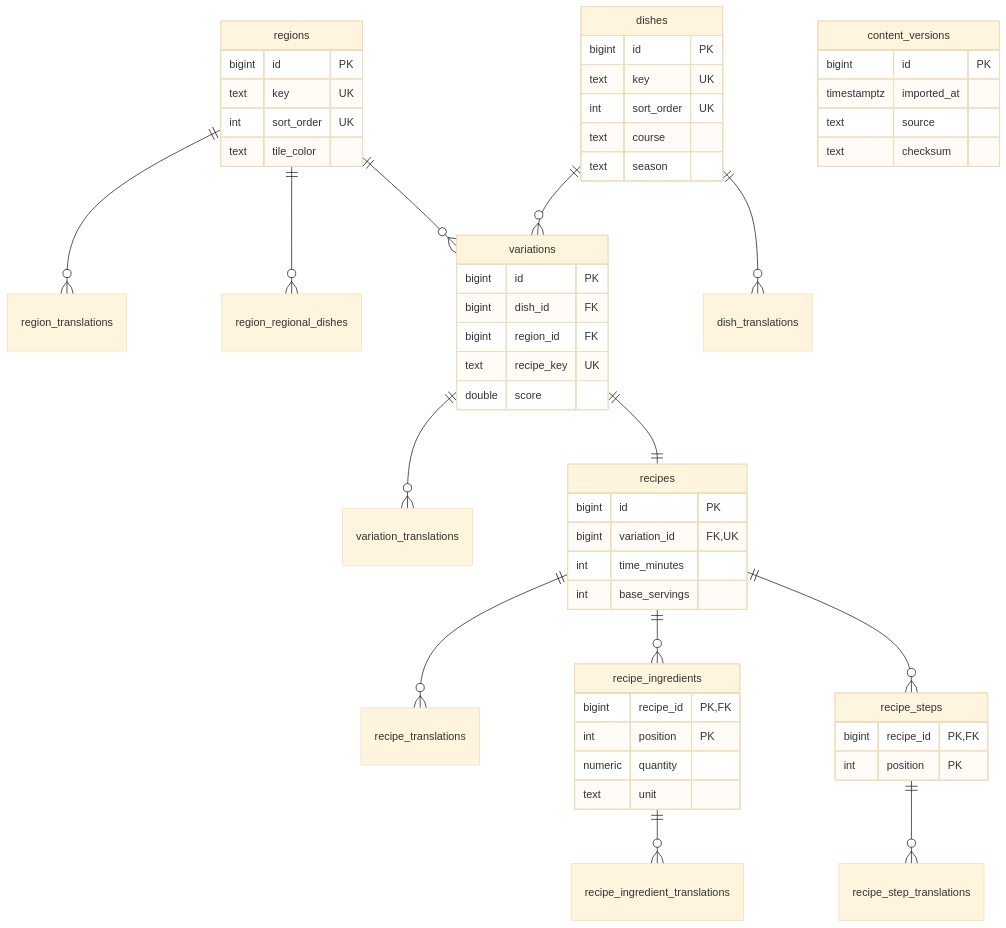
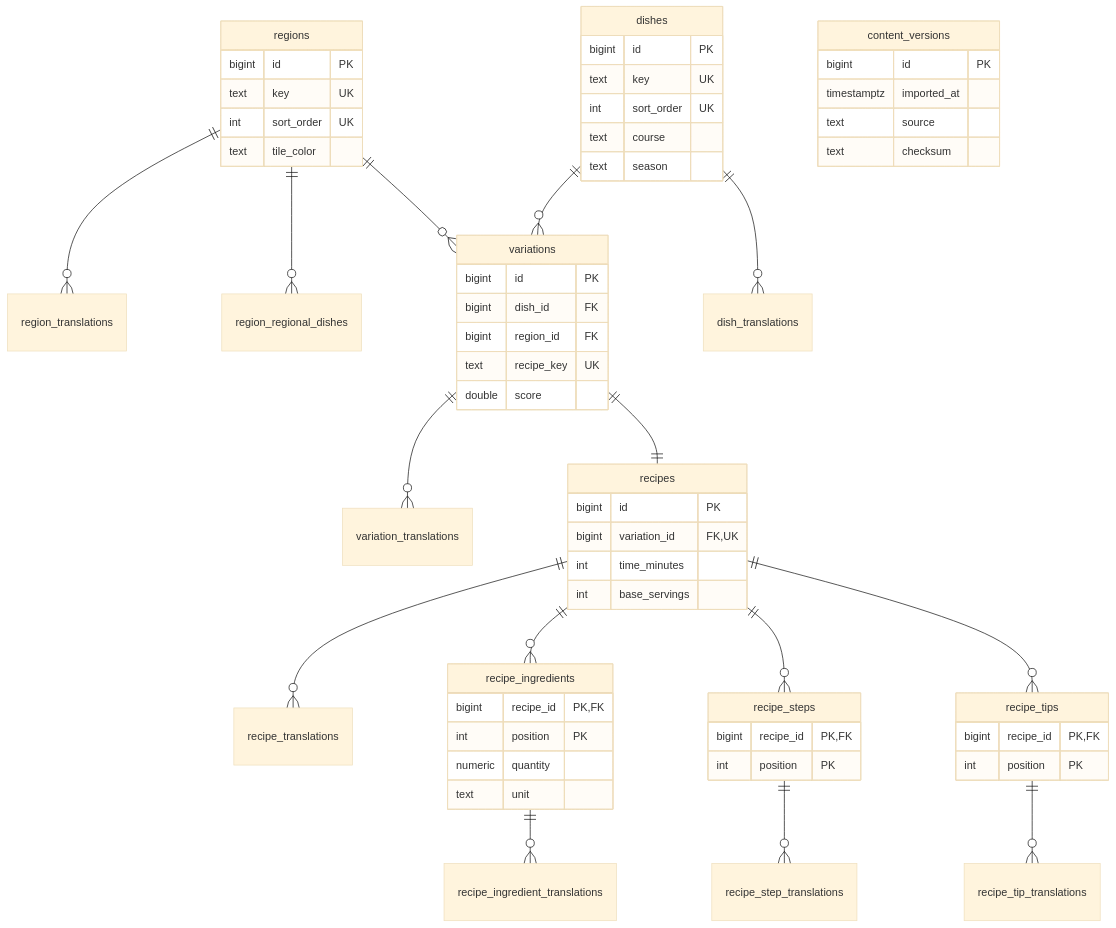
The diagram in docs/schema.md (cosmofactory/recetas-backend), drawn with Mermaid (base theme) before and after one commit. The commit also changed other lines of this file and 46 other files, not shown here.

````diff
--- a/docs/schema.md
+++ b/docs/schema.md
@@ -35,58 +37,64 @@
 ```mermaid
 erDiagram
     regions ||--o{ region_translations : ""
     regions ||--o{ region_regional_dishes : ""
     regions ||--o{ variations : ""
     dishes ||--o{ dish_translations : ""
     dishes ||--o{ variations : ""
     variations ||--o{ variation_translations : ""
     variations ||--|| recipes : ""
     recipes ||--o{ recipe_translations : ""
     recipes ||--o{ recipe_ingredients : ""
     recipes ||--o{ recipe_steps : ""
+    recipes ||--o{ recipe_tips : ""
     recipe_ingredients ||--o{ recipe_ingredient_translations : ""
     recipe_steps ||--o{ recipe_step_translations : ""
+    recipe_tips ||--o{ recipe_tip_translations : ""
 
     regions {
         bigint id PK
         text key UK
         int sort_order UK
         text tile_color
     }
     dishes {
         bigint id PK
         text key UK
         int sort_order UK
         text course
         text season
     }
     variations {
         bigint id PK
         bigint dish_id FK
         bigint region_id FK
         text recipe_key UK
         double score
     }
     recipes {
         bigint id PK
         bigint variation_id FK,UK
         int time_minutes
         int base_servings
     }
     recipe_ingredients {
         bigint recipe_id PK,FK
         int position PK
         numeric quantity
         text unit
     }
     recipe_steps {
         bigint recipe_id PK,FK
         int position PK
     }
+    recipe_tips {
+        bigint recipe_id PK,FK
+        int position PK
+    }
     content_versions {
         bigint id PK
         timestamptz imported_at
         text source
         text checksum
     }
 ```
````
